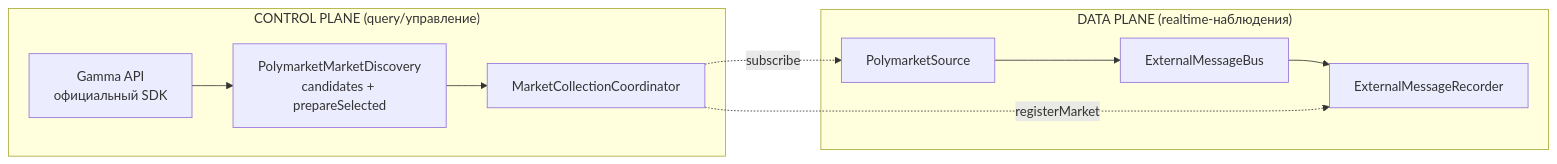
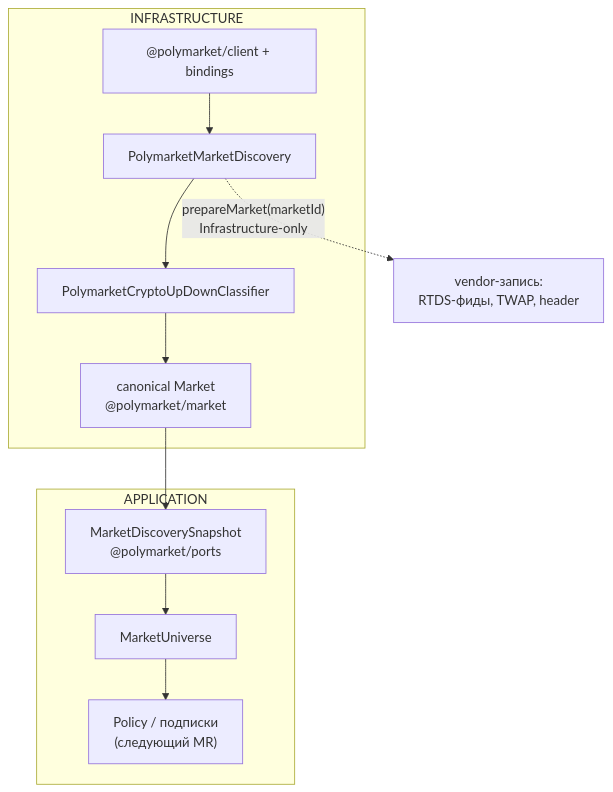
One commit to menvil/polymarket changed the diagram in packages/infrastructure/polymarket-v2/docs/market-discovery-v2.md. Above: the diagram before and after it, drawn with Mermaid. The commit also changed other lines of this file and 43 other files, not shown here.

First line of the commit message:
refactor(discovery): Polymarket V2 Discovery отдаёт canonical market universe

````diff
--- a/packages/infrastructure/polymarket-v2/docs/market-discovery-v2.md
+++ b/packages/infrastructure/polymarket-v2/docs/market-discovery-v2.md
@@ -24,12 +32,14 @@
 ```mermaid
-flowchart LR
-    subgraph CONTROL["CONTROL PLANE (query/управление)"]
-        G["Gamma API<br/>официальный SDK"] --> D["PolymarketMarketDiscovery<br/>candidates + prepareSelected"]
-        D --> C["MarketCollectionCoordinator"]
+flowchart TB
+    subgraph INFRA["INFRASTRUCTURE"]
+        C["@polymarket/client + bindings"] --> D["PolymarketMarketDiscovery"]
+        D --> K["PolymarketCryptoUpDownClassifier"]
+        K --> M["canonical Market<br/>@polymarket/market"]
     end
-    subgraph DATA["DATA PLANE (realtime-наблюдения)"]
-        S["PolymarketSource"] --> B["ExternalMessageBus"] --> R["ExternalMessageRecorder"]
+    M --> S["MarketDiscoverySnapshot<br/>@polymarket/ports"]
+    subgraph APP["APPLICATION"]
+        S --> U["MarketUniverse"]
+        U --> P["Policy / подписки<br/>(следующий MR)"]
     end
-    C -. registerMarket .-> R
-    C -. subscribe .-> S
+    D -. "prepareMarket(marketId)<br/>Infrastructure-only" .-> V["vendor-запись:<br/>RTDS-фиды, TWAP, header"]
 ```
````
